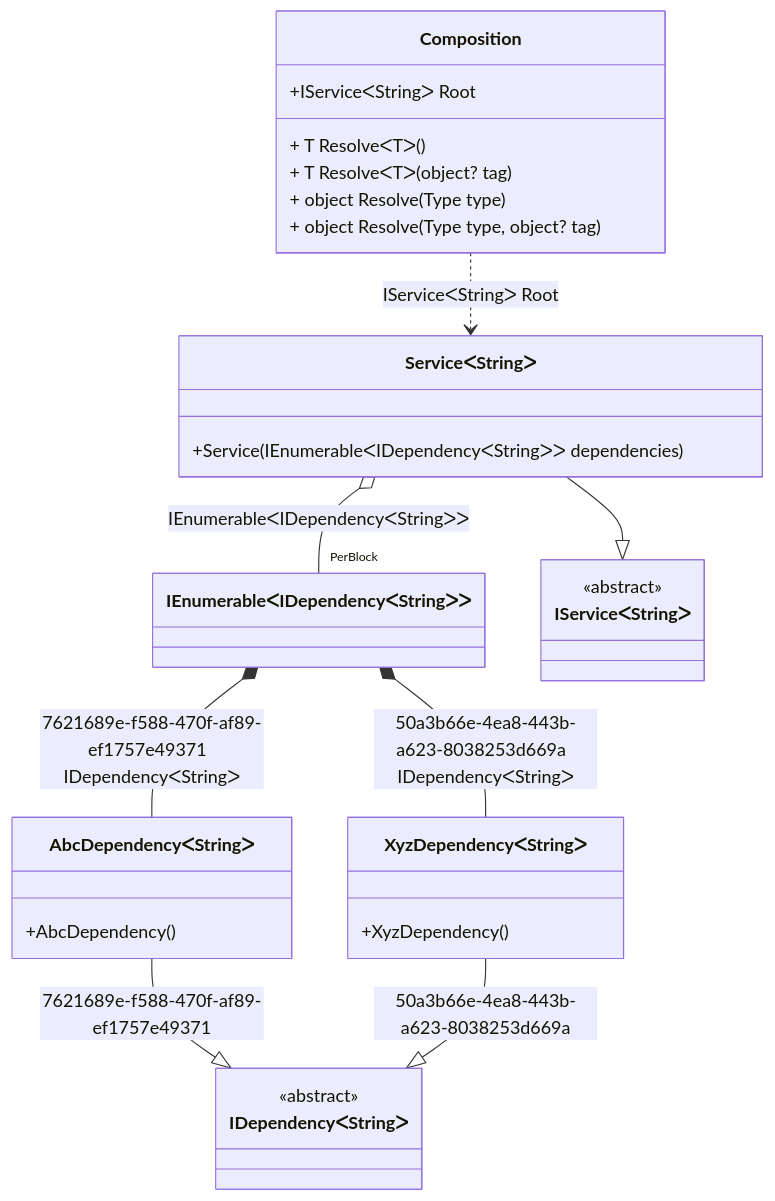
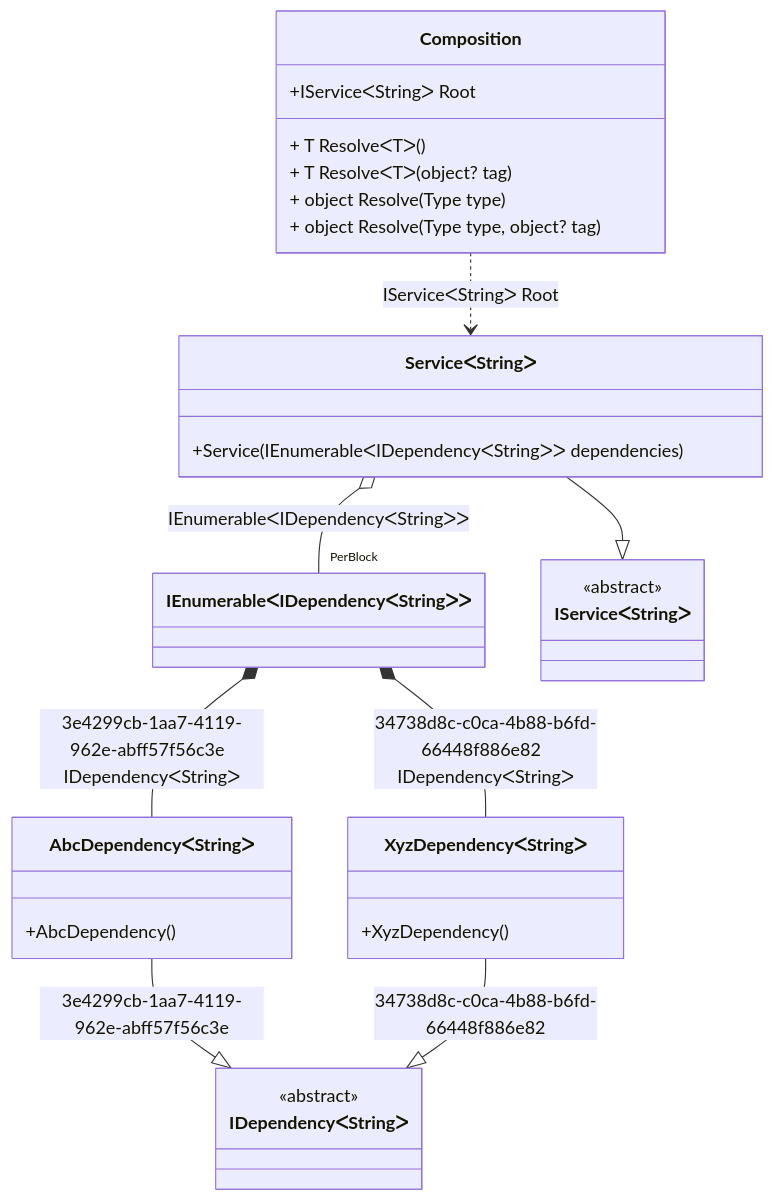
One commit to DevTeam/Pure.DI changed the diagram in readme/tag-unique.md. Above: the diagram before and after it, drawn with Mermaid. The commit also changed other lines of this file and 73 other files, not shown here.

````diff
--- a/readme/tag-unique.md
+++ b/readme/tag-unique.md
@@ -39,33 +39,33 @@
 ```mermaid
 classDiagram
   class Composition {
     +IServiceᐸStringᐳ Root
     + T ResolveᐸTᐳ()
     + T ResolveᐸTᐳ(object? tag)
     + object Resolve(Type type)
     + object Resolve(Type type, object? tag)
   }
   class IEnumerableᐸIDependencyᐸStringᐳᐳ
-  AbcDependencyᐸStringᐳ --|> IDependencyᐸStringᐳ : 7621689e-f588-470f-af89-ef1757e49371 
+  AbcDependencyᐸStringᐳ --|> IDependencyᐸStringᐳ : 3e4299cb-1aa7-4119-962e-abff57f56c3e 
   class AbcDependencyᐸStringᐳ {
     +AbcDependency()
   }
-  XyzDependencyᐸStringᐳ --|> IDependencyᐸStringᐳ : 50a3b66e-4ea8-443b-a623-8038253d669a 
+  XyzDependencyᐸStringᐳ --|> IDependencyᐸStringᐳ : 34738d8c-c0ca-4b88-b6fd-66448f886e82 
   class XyzDependencyᐸStringᐳ {
     +XyzDependency()
   }
   ServiceᐸStringᐳ --|> IServiceᐸStringᐳ : 
   class ServiceᐸStringᐳ {
     +Service(IEnumerableᐸIDependencyᐸStringᐳᐳ dependencies)
   }
   class IDependencyᐸStringᐳ {
     <<abstract>>
   }
   class IServiceᐸStringᐳ {
     <<abstract>>
   }
-  IEnumerableᐸIDependencyᐸStringᐳᐳ *--  AbcDependencyᐸStringᐳ : 7621689e-f588-470f-af89-ef1757e49371  IDependencyᐸStringᐳ
-  IEnumerableᐸIDependencyᐸStringᐳᐳ *--  XyzDependencyᐸStringᐳ : 50a3b66e-4ea8-443b-a623-8038253d669a  IDependencyᐸStringᐳ
+  IEnumerableᐸIDependencyᐸStringᐳᐳ *--  AbcDependencyᐸStringᐳ : 3e4299cb-1aa7-4119-962e-abff57f56c3e  IDependencyᐸStringᐳ
+  IEnumerableᐸIDependencyᐸStringᐳᐳ *--  XyzDependencyᐸStringᐳ : 34738d8c-c0ca-4b88-b6fd-66448f886e82  IDependencyᐸStringᐳ
   Composition ..> ServiceᐸStringᐳ : IServiceᐸStringᐳ Root
   ServiceᐸStringᐳ o--  "PerBlock" IEnumerableᐸIDependencyᐸStringᐳᐳ : IEnumerableᐸIDependencyᐸStringᐳᐳ
 ```
````
